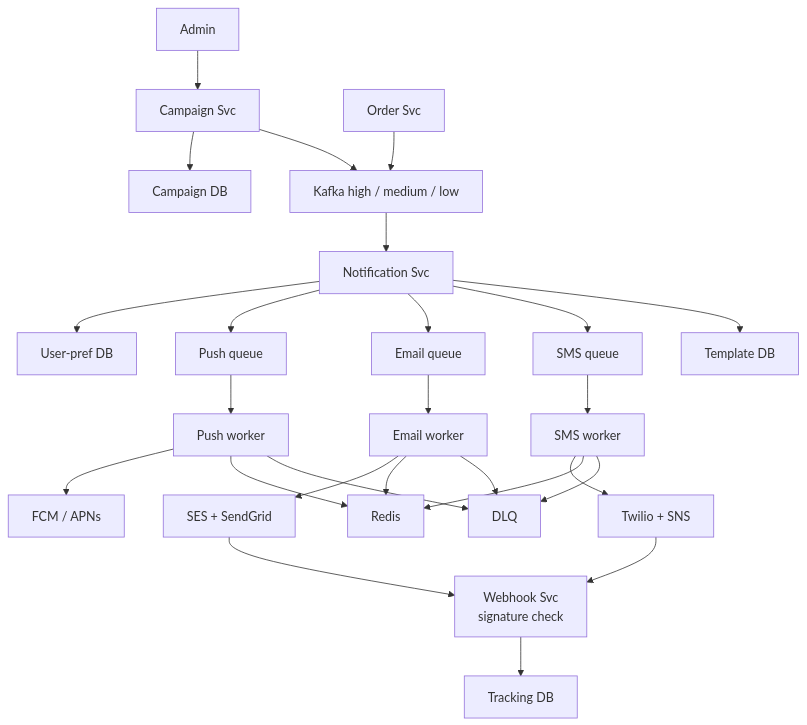
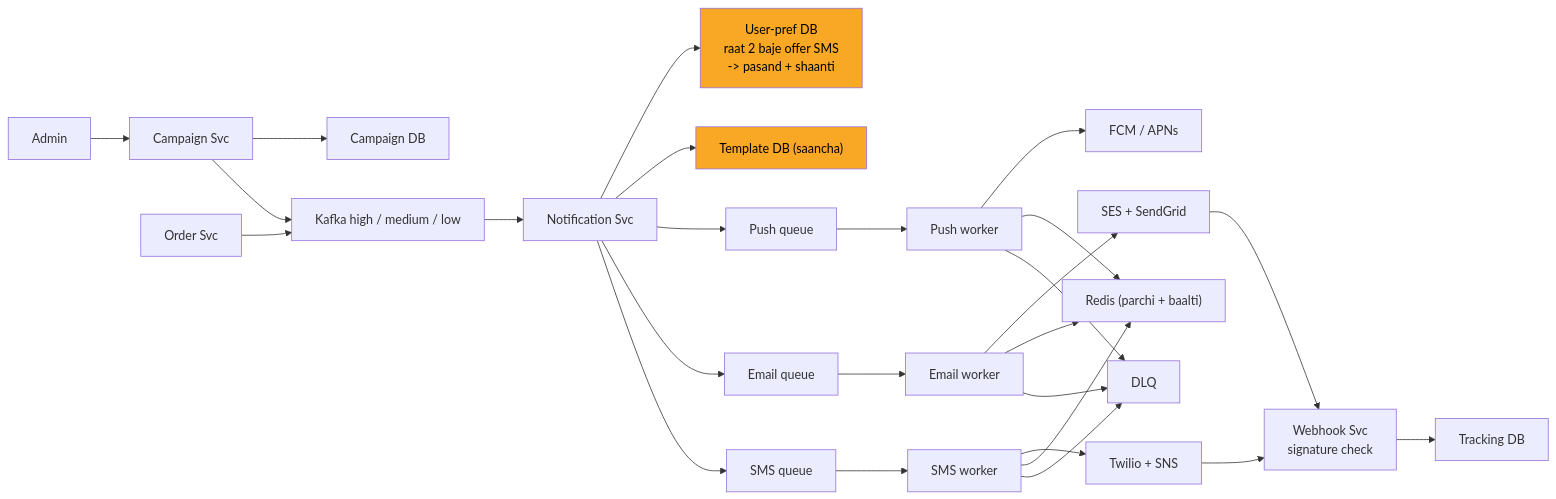
Before and after one commit to ArpanMaheshwari144/Prep: diagram 12 of 13 in 04_HLD/SYSTEM_DESIGNS/04_notification_system/04_notification_system.md, drawn with Mermaid. The commit also changed other lines of this file and 2 other files, not shown here.

Commit message:
notification, payment, file upload: one-day story, short cards, follow-ups with rules, highlighted diagrams

````diff
--- a/04_HLD/SYSTEM_DESIGNS/04_notification_system/04_notification_system.md
+++ b/04_HLD/SYSTEM_DESIGNS/04_notification_system/04_notification_system.md
@@ -692,49 +611,51 @@
 ```mermaid
-flowchart TD
+flowchart LR
     n_Admin["Admin"]
     n_Campaign_Svc["Campaign Svc"]
     n_Campaign_DB["Campaign DB"]
     n_Order_Svc["Order Svc"]
-    n_Kafka_high_medium_low["Kafka high / medium / low"]
+    n_Kafka["Kafka high / medium / low"]
     n_Notification_Svc["Notification Svc"]
-    n_User_pref_DB["User-pref DB"]
-    n_Template_DB["Template DB"]
+    n_User_pref_DB["User-pref DB<br/>raat 2 baje offer SMS<br/>-> pasand + shaanti"]
+    n_Template_DB["Template DB (saancha)"]
     n_Push_queue["Push queue"]
     n_Push_worker["Push worker"]
     n_FCM_APNs["FCM / APNs"]
     n_Email_queue["Email queue"]
     n_Email_worker["Email worker"]
-    n_SES_SendGrid["SES + SendGrid"]
+    n_SES["SES + SendGrid"]
     n_SMS_queue["SMS queue"]
     n_SMS_worker["SMS worker"]
-    n_Twilio_SNS["Twilio + SNS"]
-    n_Redis["Redis"]
+    n_Twilio["Twilio + SNS"]
+    n_Redis["Redis (parchi + baalti)"]
+    n_DLQ["DLQ"]
     n_Webhook_Svc["Webhook Svc<br/>signature check"]
     n_Tracking_DB["Tracking DB"]
-    n_DLQ["DLQ"]
     n_Admin --> n_Campaign_Svc
     n_Campaign_Svc --> n_Campaign_DB
-    n_Campaign_Svc --> n_Kafka_high_medium_low
-    n_Order_Svc --> n_Kafka_high_medium_low
-    n_Kafka_high_medium_low --> n_Notification_Svc
+    n_Campaign_Svc --> n_Kafka
+    n_Order_Svc --> n_Kafka
+    n_Kafka --> n_Notification_Svc
     n_Notification_Svc --> n_User_pref_DB
+    n_Notification_Svc --> n_Template_DB
     n_Notification_Svc --> n_Push_queue
     n_Notification_Svc --> n_Email_queue
     n_Notification_Svc --> n_SMS_queue
-    n_Notification_Svc --> n_Template_DB
     n_Push_queue --> n_Push_worker
     n_Push_worker --> n_FCM_APNs
     n_Email_queue --> n_Email_worker
-    n_Email_worker --> n_SES_SendGrid
+    n_Email_worker --> n_SES
     n_SMS_queue --> n_SMS_worker
-    n_SMS_worker --> n_Twilio_SNS
-    n_SMS_worker --> n_Redis
-    n_SMS_worker --> n_DLQ
-    n_Twilio_SNS --> n_Webhook_Svc
+    n_SMS_worker --> n_Twilio
     n_Push_worker --> n_Redis
     n_Email_worker --> n_Redis
+    n_SMS_worker --> n_Redis
     n_Push_worker --> n_DLQ
     n_Email_worker --> n_DLQ
-    n_SES_SendGrid --> n_Webhook_Svc
+    n_SMS_worker --> n_DLQ
+    n_SES --> n_Webhook_Svc
+    n_Twilio --> n_Webhook_Svc
     n_Webhook_Svc --> n_Tracking_DB
+    style n_User_pref_DB fill:#f9a825,color:#000
+    style n_Template_DB fill:#f9a825,color:#000
 ```
````
